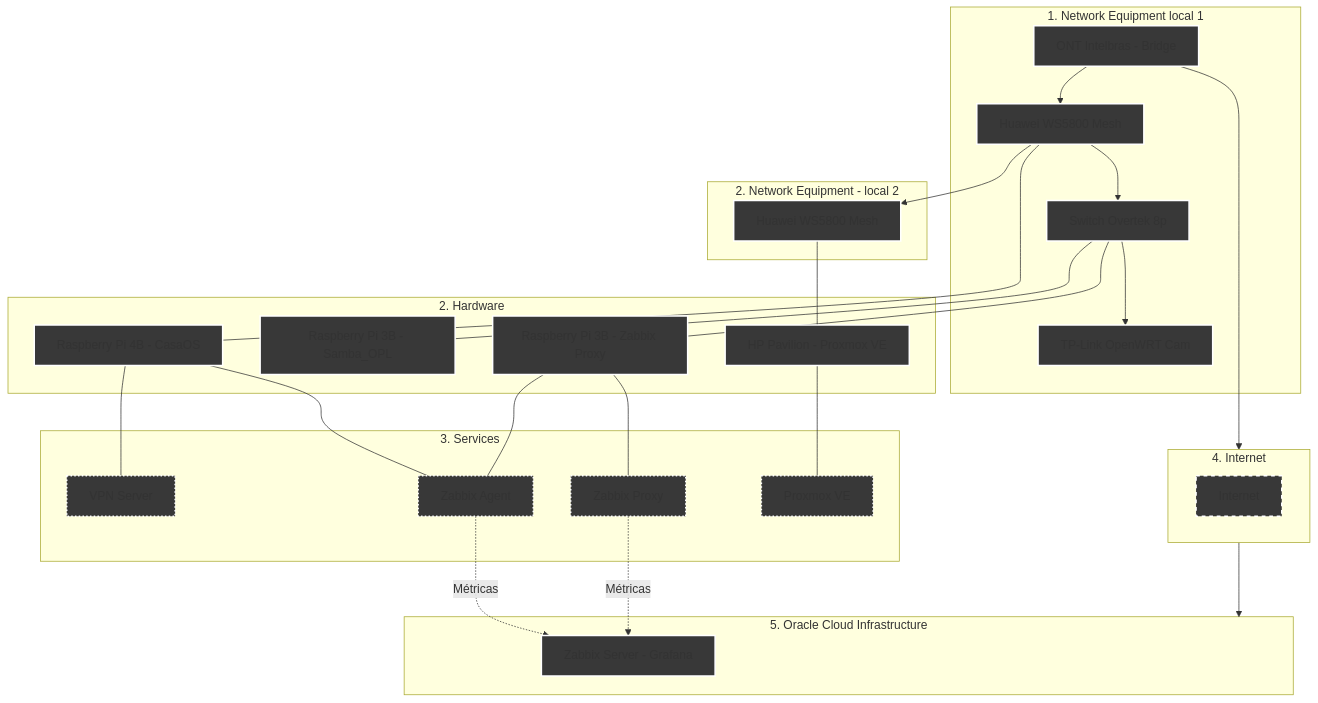
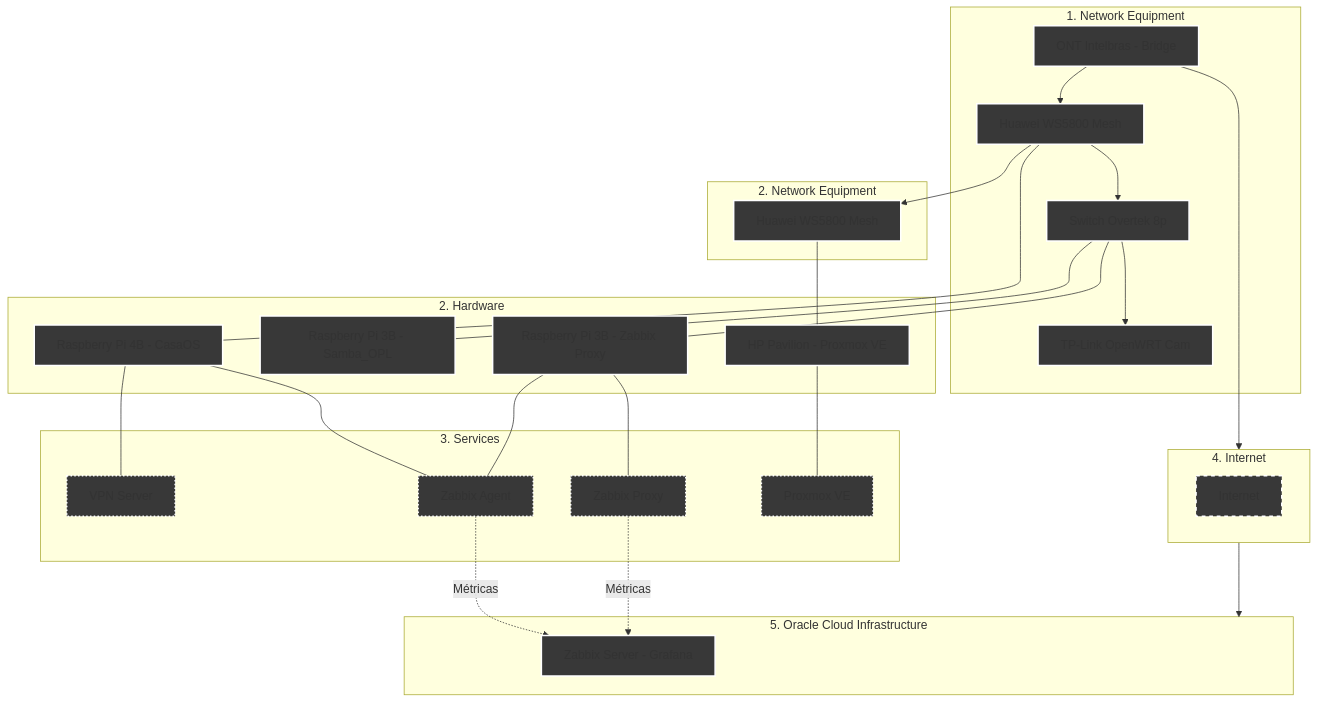
Before and after one commit to kevindexter22/Dr-Hardware-Autonet: the diagram in Infraestructure/README.md, drawn with Mermaid.

````diff
--- a/Infraestructure/README.md
+++ b/Infraestructure/README.md
@@ -13,55 +13,55 @@
 ```mermaid
 graph TD
     %% Styles
     classDef network fill:#383838,stroke:#FFFFFF,stroke-width:2px;
     classDef hardware fill:#383838,stroke:#FFFFFF,stroke-width:2px;
     classDef internet fill:#383838,stroke:#FFFFFF,stroke-width:2px,stroke-dasharray: 5 5;
     classDef services fill:#383838,stroke:#FFFFFF,stroke-width:2px, stroke-dasharray: 2 3;
     classDef oci fill:#383838,stroke:#FFFFFF,stroke-width:2px;
 
-    %% 1. NETWORK EQUIPMENT LOCAL 1
-    subgraph S1 [1. Network Equipment local 1]
+    %% 1. NETWORK EQUIPMENT
+    subgraph S1 [1. Network Equipment]
         ONT[ONT Intelbras - Bridge]:::network --> R_Mesh1[Huawei WS5800 Mesh]:::network
         R_Mesh1 --> SW1[Switch Overtek 8p]:::network
         SW1 --> R_Cams[TP-Link OpenWRT Cam]:::network    
     end
-    subgraph S2 [2. Network Equipment - local 2]
+    subgraph S2 [2. Network Equipment]
         R_Mesh1 --> R_Mesh2[Huawei WS5800 Mesh]:::network
     end
 
     %% 2. HARDWARE
     subgraph S3 [2. Hardware]
         R_Mesh1 --- RPi4B[Raspberry Pi 4B - CasaOS]:::hardware
         SW1 --- RPi3B_1[Raspberry Pi 3B - Samba_OPL]:::hardware
         SW1 --- RPi3B_2[Raspberry Pi 3B - Zabbix Proxy]:::hardware
         R_Mesh2 --- HP[HP Pavilion - Proxmox VE]:::hardware
     end
 
     %% 3. SERVICES     
     subgraph S4 [3. Services];
         RPi4B --- VPN[VPN Server]:::services
         RPi4B --- ZA[Zabbix Agent]:::services
         RPi3B_2 --- ZA[Zabbix Agent]:::services
         RPi3B_2 --- ZP[Zabbix Proxy]:::services
         HP --- PVE[Proxmox VE]:::services        
     end
 
     %% 4. Internet (The Bridge)
     subgraph S5 [4. Internet]
            internet[Internet]:::internet
     end
 
     %% 5. Oracle Cloud Infrastructure
     subgraph S6 [5. Oracle Cloud Infrastructure]
         ZS[Zabbix Server - Grafana]:::oci
     end
 
     %% Conections of data flow
     ONT --> S5
     S5 --> S6
     
     %% Logical conections
     ZA -.-> |Métricas| ZS
     ZP -.-> |Métricas| ZS 
 
 ```
````
